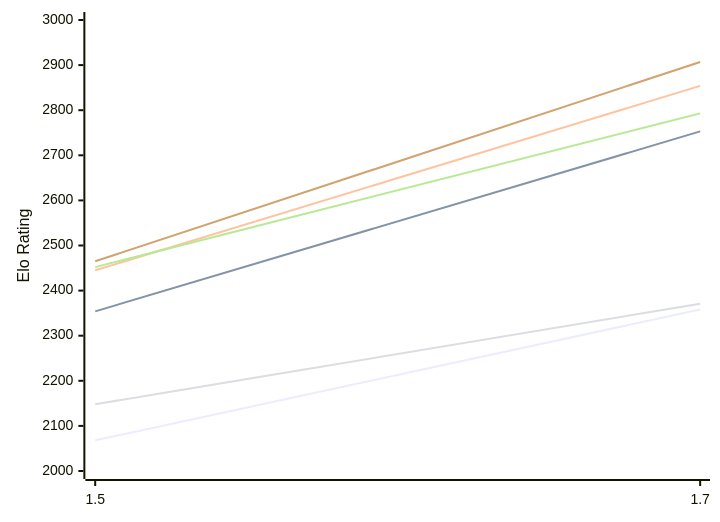
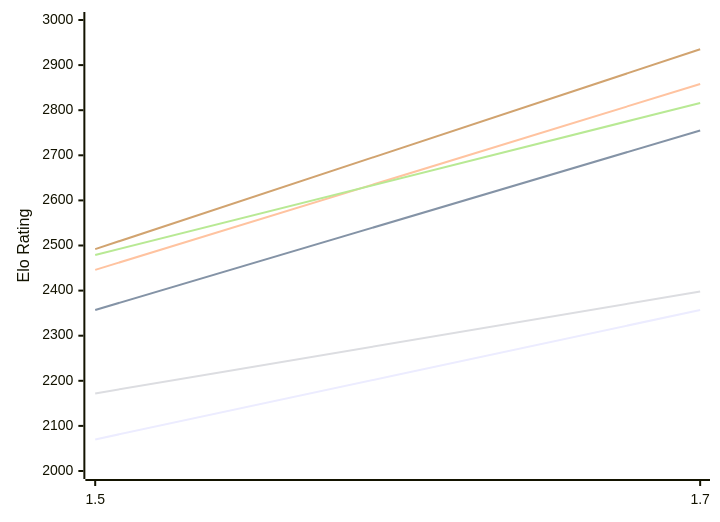
One commit to computer-chess-index/cci changed the first of 2 diagrams in engines/Facon.md. Above: the diagram before and after it, drawn with Mermaid. The commit also changed other lines of this file, not shown here.

Commit message:
Update CCI Ratings (ELO VLTC) - 2026-10-21

````diff
--- a/engines/Facon.md
+++ b/engines/Facon.md
@@ -52,12 +52,12 @@
 ```mermaid
 %%{init: {"theme":"base","themeVariables":{"seriesColors:['#a3a3a3','#222221','#faa371']}}}%%
 xychart-beta
   x-axis ["1.5", "1.7"]
   y-axis "Elo Rating" 2000 --> 3000
-  line "E1: STC (8.0+0.08s)" [2068, 2358]
-  line "E1: LTC (60.0+0.60s)" [2354, 2753]
-  line "E1: VLTC (2m24s+1.12s)" [2445, 2854]
-  line "P1: STC (8.0+0.08s)" [2148, 2371]
-  line "P1: LTC (60.0+0.60s)" [2452, 2793]
-  line "P1: VLTC (2m24s+1.12s)" [2465, 2907]
+  line "E1: STC (8.0+0.08s)" [2070, 2357]
+  line "E1: LTC (60.0+0.60s)" [2357, 2755]
+  line "E1: VLTC (2m24s+1.12s)" [2446, 2858]
+  line "P1: STC (8.0+0.08s)" [2172, 2398]
+  line "P1: LTC (60.0+0.60s)" [2479, 2816]
+  line "P1: VLTC (2m24s+1.12s)" [2492, 2935]
 ```
````
